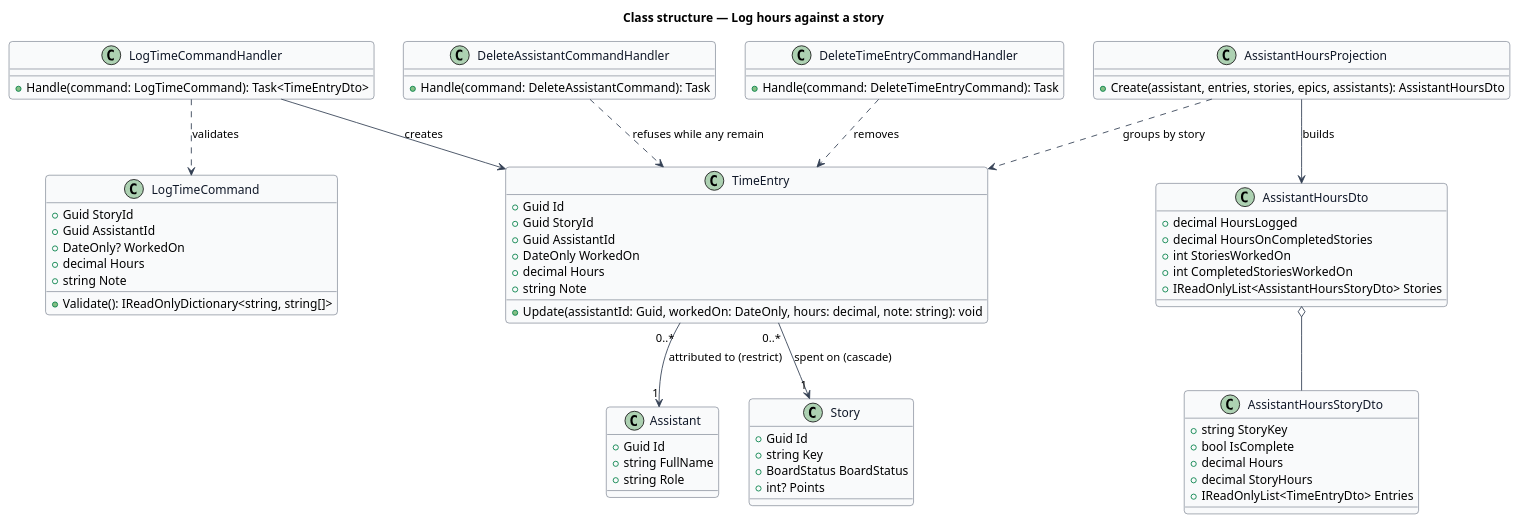
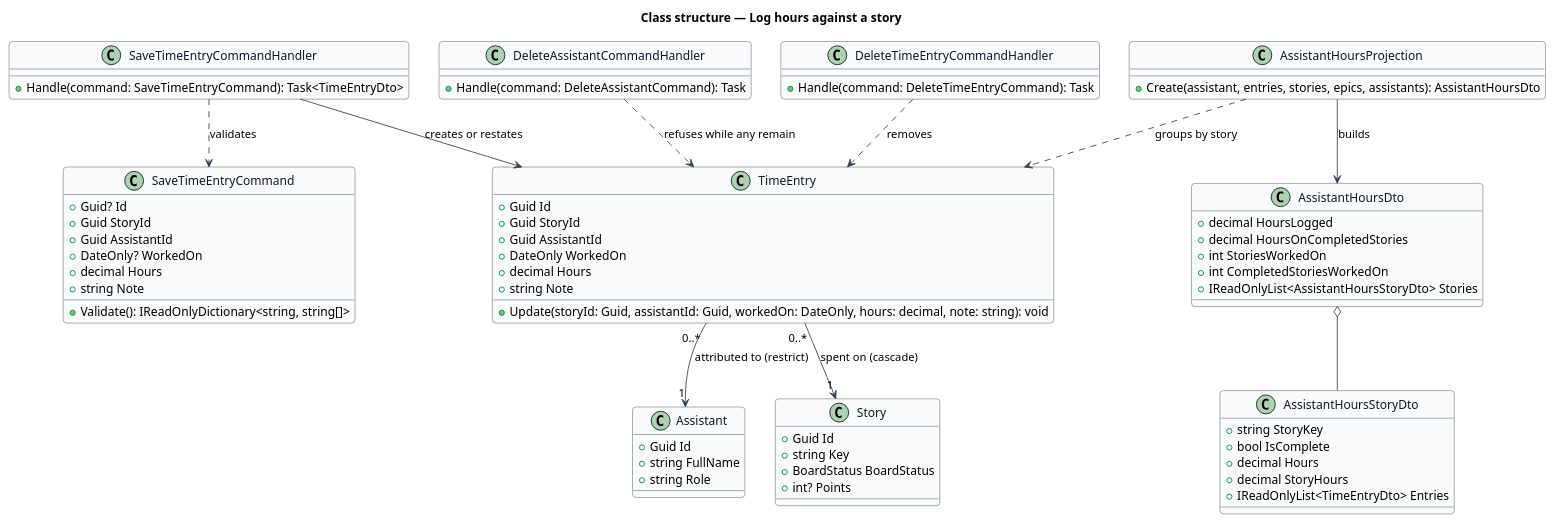
The diagram in docs/detailed-designs/work-items/log-hours-against-a-story/diagrams/class-structure.puml (QuinntyneBrown/quinntyne-brown-consulting), drawn with PlantUML before and after one commit. The commit also changed 27 other files, not shown here.

```diff
--- a/docs/detailed-designs/work-items/log-hours-against-a-story/diagrams/class-structure.puml
+++ b/docs/detailed-designs/work-items/log-hours-against-a-story/diagrams/class-structure.puml
@@ -1,87 +1,88 @@
 @startuml
 skinparam backgroundColor #FFFFFF
 skinparam shadowing false
 skinparam roundcorner 8
 skinparam defaultFontName Arial
 skinparam ArrowColor #344054
 skinparam class {
   BorderColor #344054
   FontColor #101828
   BackgroundColor #F9FAFB
 }
 title Class structure — Log hours against a story
 
 class TimeEntry {
   +Guid Id
   +Guid StoryId
   +Guid AssistantId
   +DateOnly WorkedOn
   +decimal Hours
   +string Note
-  +Update(assistantId: Guid, workedOn: DateOnly, hours: decimal, note: string): void
+  +Update(storyId: Guid, assistantId: Guid, workedOn: DateOnly, hours: decimal, note: string): void
 }
 
 class Story {
   +Guid Id
   +string Key
   +BoardStatus BoardStatus
   +int? Points
 }
 
 class Assistant {
   +Guid Id
   +string FullName
   +string Role
 }
 
-class LogTimeCommand {
+class SaveTimeEntryCommand {
+  +Guid? Id
   +Guid StoryId
   +Guid AssistantId
   +DateOnly? WorkedOn
   +decimal Hours
   +string Note
   +Validate(): IReadOnlyDictionary<string, string[]>
 }
 
-class LogTimeCommandHandler {
-  +Handle(command: LogTimeCommand): Task<TimeEntryDto>
+class SaveTimeEntryCommandHandler {
+  +Handle(command: SaveTimeEntryCommand): Task<TimeEntryDto>
 }
 
 class DeleteTimeEntryCommandHandler {
   +Handle(command: DeleteTimeEntryCommand): Task
 }
 
 class AssistantHoursProjection {
   +Create(assistant, entries, stories, epics, assistants): AssistantHoursDto
 }
 
 class AssistantHoursDto {
   +decimal HoursLogged
   +decimal HoursOnCompletedStories
   +int StoriesWorkedOn
   +int CompletedStoriesWorkedOn
   +IReadOnlyList<AssistantHoursStoryDto> Stories
 }
 
 class AssistantHoursStoryDto {
   +string StoryKey
   +bool IsComplete
   +decimal Hours
   +decimal StoryHours
   +IReadOnlyList<TimeEntryDto> Entries
 }
 
 class DeleteAssistantCommandHandler {
   +Handle(command: DeleteAssistantCommand): Task
 }
 
 TimeEntry "0..*" --> "1" Story : spent on (cascade)
 TimeEntry "0..*" --> "1" Assistant : attributed to (restrict)
-LogTimeCommandHandler ..> LogTimeCommand : validates
-LogTimeCommandHandler --> TimeEntry : creates
+SaveTimeEntryCommandHandler ..> SaveTimeEntryCommand : validates
+SaveTimeEntryCommandHandler --> TimeEntry : creates or restates
 DeleteTimeEntryCommandHandler ..> TimeEntry : removes
 AssistantHoursProjection ..> TimeEntry : groups by story
 AssistantHoursProjection --> AssistantHoursDto : builds
 AssistantHoursDto o-- AssistantHoursStoryDto
 DeleteAssistantCommandHandler ..> TimeEntry : refuses while any remain
 @enduml
```
